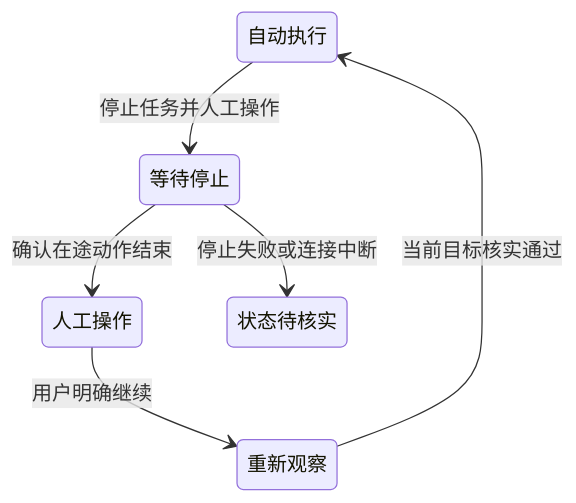
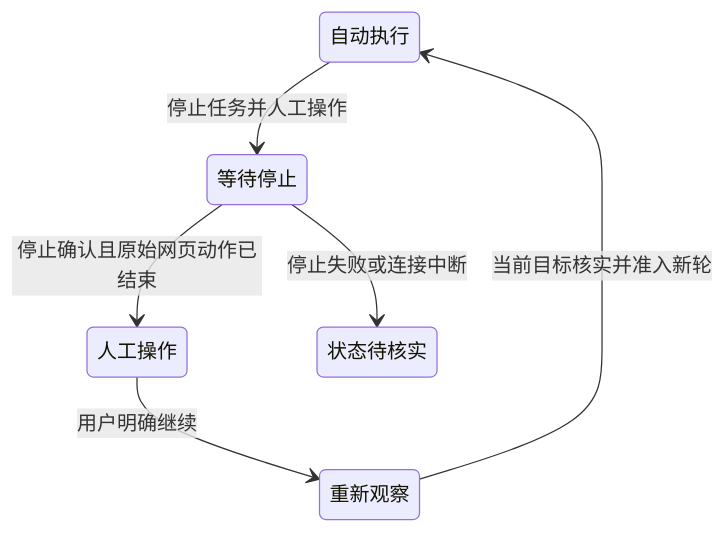
The diagram in docs/features/browser/browser-intervention.md (liangxhao/JustDo), drawn with Mermaid before and after one commit. The commit also changed other lines of this file and 70 other files, not shown here.

Commit message:
docs: reorganize architecture, features, and plans

````diff
--- a/docs/features/browser/browser-intervention.md
+++ b/docs/features/browser/browser-intervention.md
@@ -34,8 +13,8 @@
 ```mermaid
 stateDiagram-v2
   自动执行 --> 等待停止: 停止任务并人工操作
-  等待停止 --> 人工操作: 确认在途动作结束
+  等待停止 --> 人工操作: 停止确认且原始网页动作已结束
   等待停止 --> 状态待核实: 停止失败或连接中断
   人工操作 --> 重新观察: 用户明确继续
-  重新观察 --> 自动执行: 当前目标核实通过
+  重新观察 --> 自动执行: 当前目标核实并准入新轮
 ```
````
